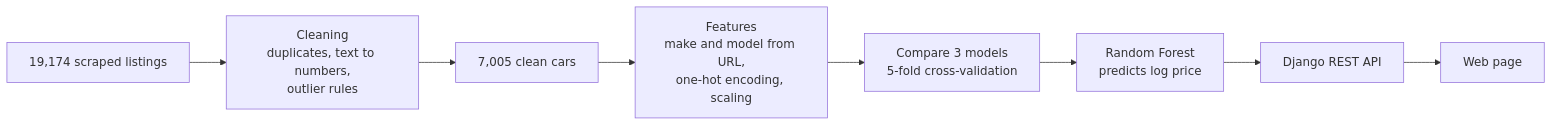
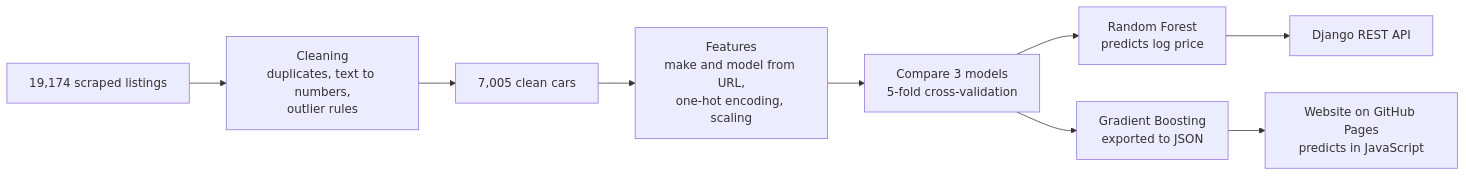
The diagram in README.md (devshayanai-code/pak-wheels-price-predictor), drawn with Mermaid before and after one commit. The commit also changed other lines of this file and 6 other files, not shown here.

````diff
--- a/README.md
+++ b/README.md
@@ -28,10 +52,11 @@
 ```mermaid
 flowchart LR
     A[19,174 scraped listings] --> B[Cleaning<br/>duplicates, text to numbers,<br/>outlier rules]
     B --> C[7,005 clean cars]
     C --> D[Features<br/>make and model from URL,<br/>one-hot encoding, scaling]
     D --> E[Compare 3 models<br/>5-fold cross-validation]
     E --> F[Random Forest<br/>predicts log price]
     F --> G[Django REST API]
-    G --> H[Web page]
+    E --> I[Gradient Boosting<br/>exported to JSON]
+    I --> J[Website on GitHub Pages<br/>predicts in JavaScript]
 ```
````
